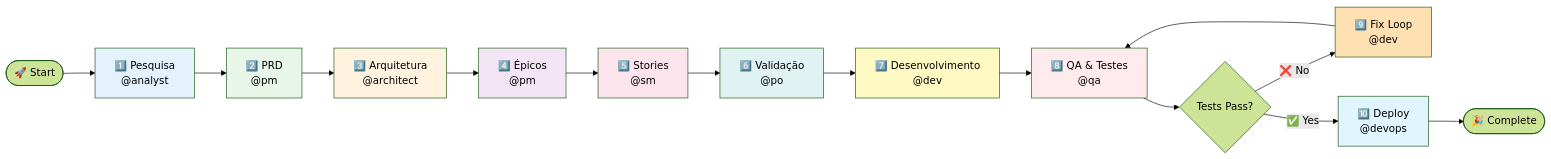
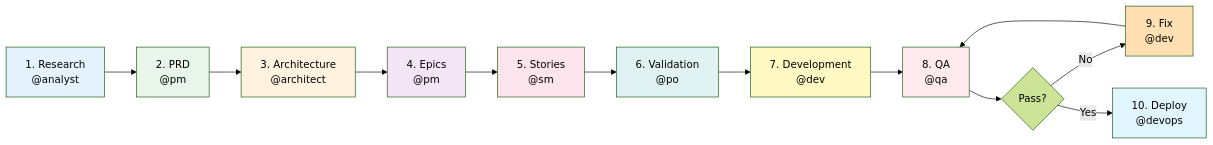
The first of 3 diagrams in squads/navigator/README.md (SynkraAI/aios-core), drawn with Mermaid (forest theme) before and after one commit. The commit also changed other lines of this file and 3 other files, not shown here.

````diff
--- a/squads/navigator/README.md
+++ b/squads/navigator/README.md
@@ -234,30 +66,24 @@
 ```mermaid
 graph LR
-    Start([🚀 Start]) --> P1
-
-    P1[1️⃣ Pesquisa<br/>@analyst] --> P2[2️⃣ PRD<br/>@pm]
-    P2 --> P3[3️⃣ Arquitetura<br/>@architect]
-    P3 --> P4[4️⃣ Épicos<br/>@pm]
-    P4 --> P5[5️⃣ Stories<br/>@sm]
-    P5 --> P6[6️⃣ Validação<br/>@po]
-    P6 --> P7[7️⃣ Desenvolvimento<br/>@dev]
-    P7 --> P8[8️⃣ QA & Testes<br/>@qa]
-    P8 --> P9{Tests Pass?}
-
-    P9 -->|❌ No| P9Loop[9️⃣ Fix Loop<br/>@dev]
-    P9Loop --> P8
-
-    P9 -->|✅ Yes| P10[🔟 Deploy<br/>@devops]
-    P10 --> End([🎉 Complete])
+    P1[1. Research<br/>@analyst] --> P2[2. PRD<br/>@pm]
+    P2 --> P3[3. Architecture<br/>@architect]
+    P3 --> P4[4. Epics<br/>@pm]
+    P4 --> P5[5. Stories<br/>@sm]
+    P5 --> P6[6. Validation<br/>@po]
+    P6 --> P7[7. Development<br/>@dev]
+    P7 --> P8[8. QA<br/>@qa]
+    P8 --> P9{Pass?}
+    P9 -->|No| Fix[9. Fix<br/>@dev] --> P8
+    P9 -->|Yes| P10[10. Deploy<br/>@devops]
 
     style P1 fill:#E3F2FD
     style P2 fill:#E8F5E9
     style P3 fill:#FFF3E0
     style P4 fill:#F3E5F5
     style P5 fill:#FCE4EC
     style P6 fill:#E0F2F1
     style P7 fill:#FFF9C4
     style P8 fill:#FFEBEE
-    style P9Loop fill:#FFE0B2
+    style Fix fill:#FFE0B2
     style P10 fill:#E1F5FE
 ```
````
